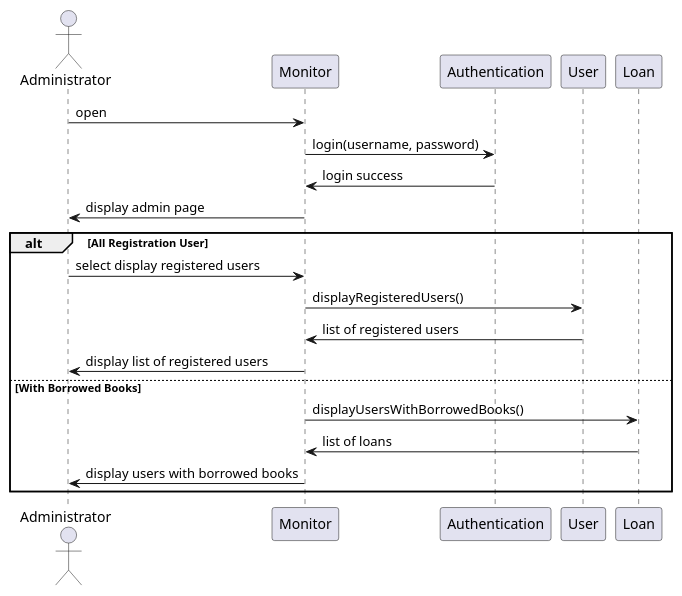
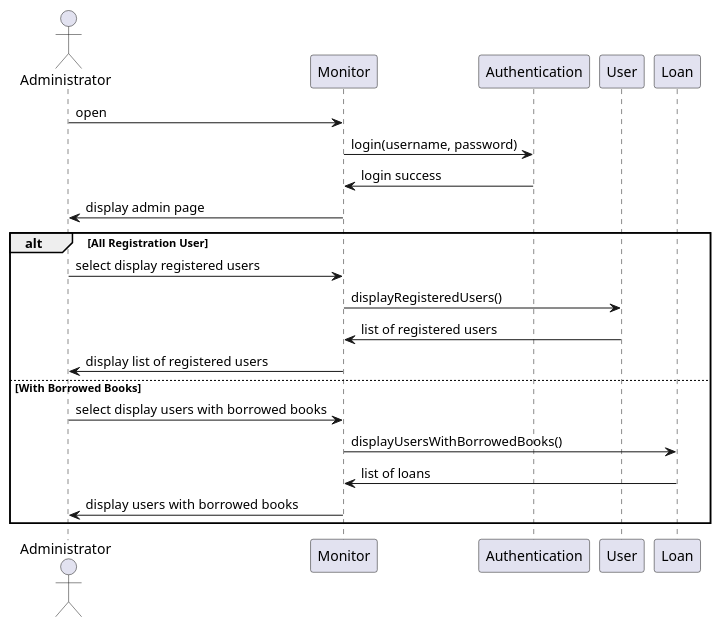
The diagram in src/displayUser.puml (zuzu2307/Final_UML), drawn with PlantUML before and after one commit. The commit also changed 13 other files, not shown here.

```diff
--- a/src/displayUser.puml
+++ b/src/displayUser.puml
@@ -1,25 +1,26 @@
 @startuml
 actor Administrator
 participant Monitor
 participant Authentication
 participant User
 participant Loan
 
 Administrator -> Monitor: open
 Monitor -> Authentication: login(username, password)
 Authentication -> Monitor: login success
 Monitor -> Administrator: display admin page
 
 
 
 alt All Registration User
     Administrator -> Monitor: select display registered users
     Monitor -> User: displayRegisteredUsers()
     User -> Monitor: list of registered users
     Monitor -> Administrator: display list of registered users
 else With Borrowed Books
+    Administrator -> Monitor: select display users with borrowed books
     Monitor -> Loan: displayUsersWithBorrowedBooks()
     Loan -> Monitor: list of loans
     Monitor -> Administrator: display users with borrowed books
 end
 @enduml
```
